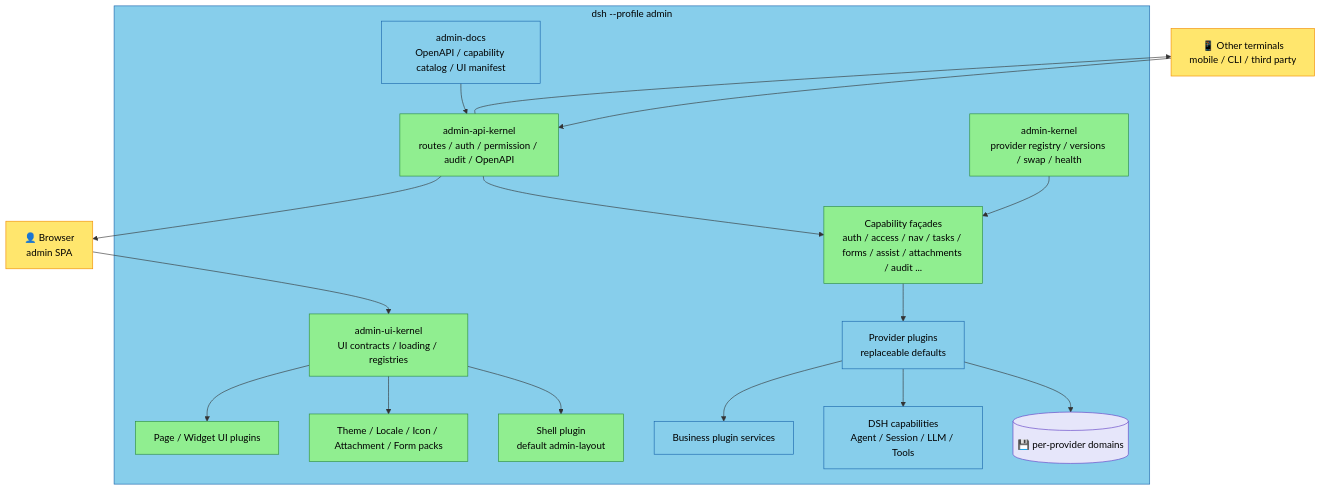
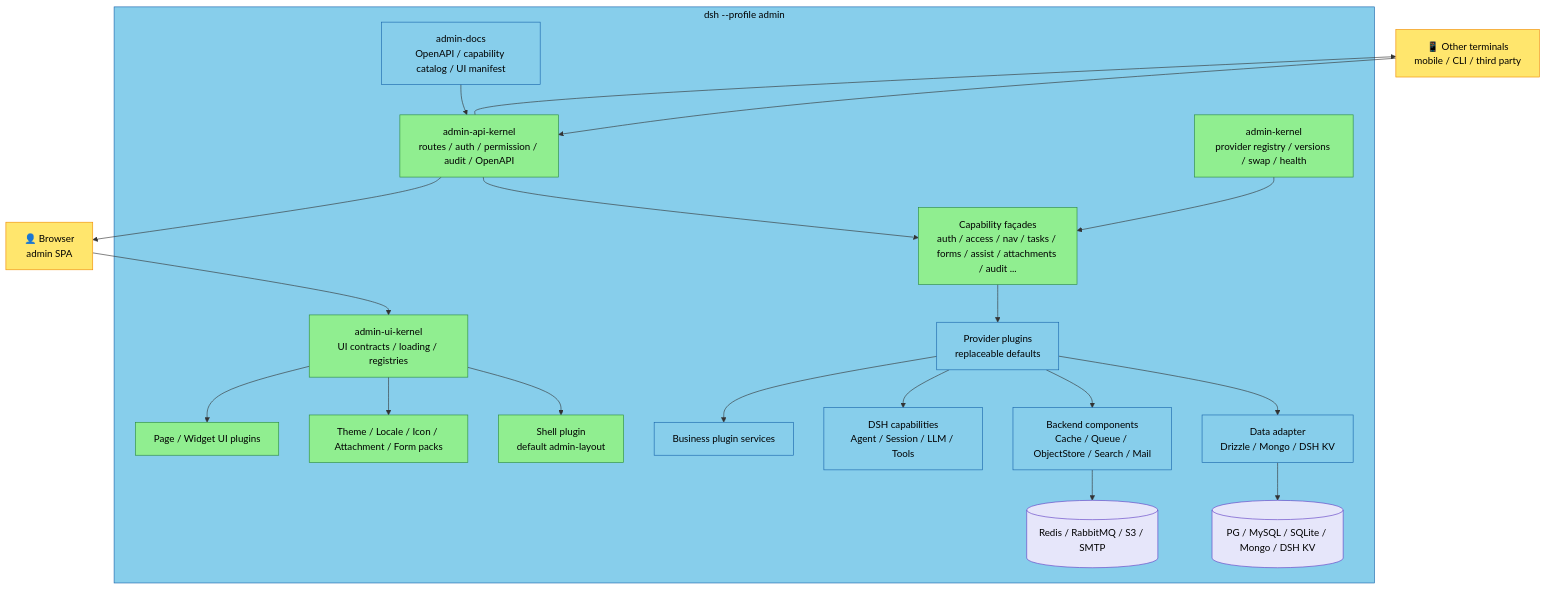
Before and after one commit to waixiaowai/veren: the first of 3 diagrams in docs/admin-system-design.md, drawn with Mermaid. The commit also changed other lines of this file and 82 other files, not shown here.

````diff
--- a/docs/admin-system-design.md
+++ b/docs/admin-system-design.md
@@ -139,31 +168,34 @@
 ```mermaid
 flowchart TB
   Browser[👤 Browser<br/>admin SPA] --> UIKernel["admin-ui-kernel<br/>UI contracts / loading / registries"]
   Terminal[📱 Other terminals<br/>mobile / CLI / third party] --> APIKernel["admin-api-kernel<br/>routes / auth / permission / audit / OpenAPI"]
 
   subgraph Platform["dsh --profile admin"]
     UIKernel --> Shell["Shell plugin<br/>default admin-layout"]
     UIKernel --> Packs["Theme / Locale / Icon / Attachment / Form packs"]
     UIKernel --> UIPlugins["Page / Widget UI plugins"]
 
     APIKernel --> Facades["Capability façades<br/>auth / access / nav / tasks / forms / assist / attachments / audit ..."]
     Facades --> Providers["Provider plugins<br/>replaceable defaults"]
-    Providers --> Store[(💾 per-provider domains)]
+    Providers --> Data["Data adapter<br/>Drizzle / Mongo / DSH KV"]
+    Data --> DB[(PG / MySQL / SQLite / Mongo / DSH KV)]
+    Providers --> Backend["Backend components<br/>Cache / Queue / ObjectStore / Search / Mail"]
+    Backend --> Middleware[(Redis / RabbitMQ / S3 / SMTP)]
     Providers --> DSH["DSH capabilities<br/>Agent / Session / LLM / Tools"]
     Providers --> Biz["Business plugin services"]
     Kernel["admin-kernel<br/>provider registry / versions / swap / health"] --> Facades
     Docs["admin-docs<br/>OpenAPI / capability catalog / UI manifest"] --> APIKernel
   end
 
   APIKernel --> Browser
   APIKernel --> Terminal
 
   classDef actor fill:#FFE66D,stroke:#F08C00,color:#000
   classDef primary fill:#90EE90,stroke:#2B8A3E,color:#000
   classDef data fill:#E6E6FA,stroke:#5F3DC4,color:#000
   classDef platform fill:#87CEEB,stroke:#1864AB,color:#000
   class Browser,Terminal actor
   class Kernel,Facades,UIKernel,APIKernel,Shell,Packs,UIPlugins primary
-  class Store data
-  class Platform,Providers,DSH,Biz,Docs platform
+  class DB,Middleware data
+  class Platform,Providers,DSH,Biz,Docs,Data,Backend platform
 ```
````
